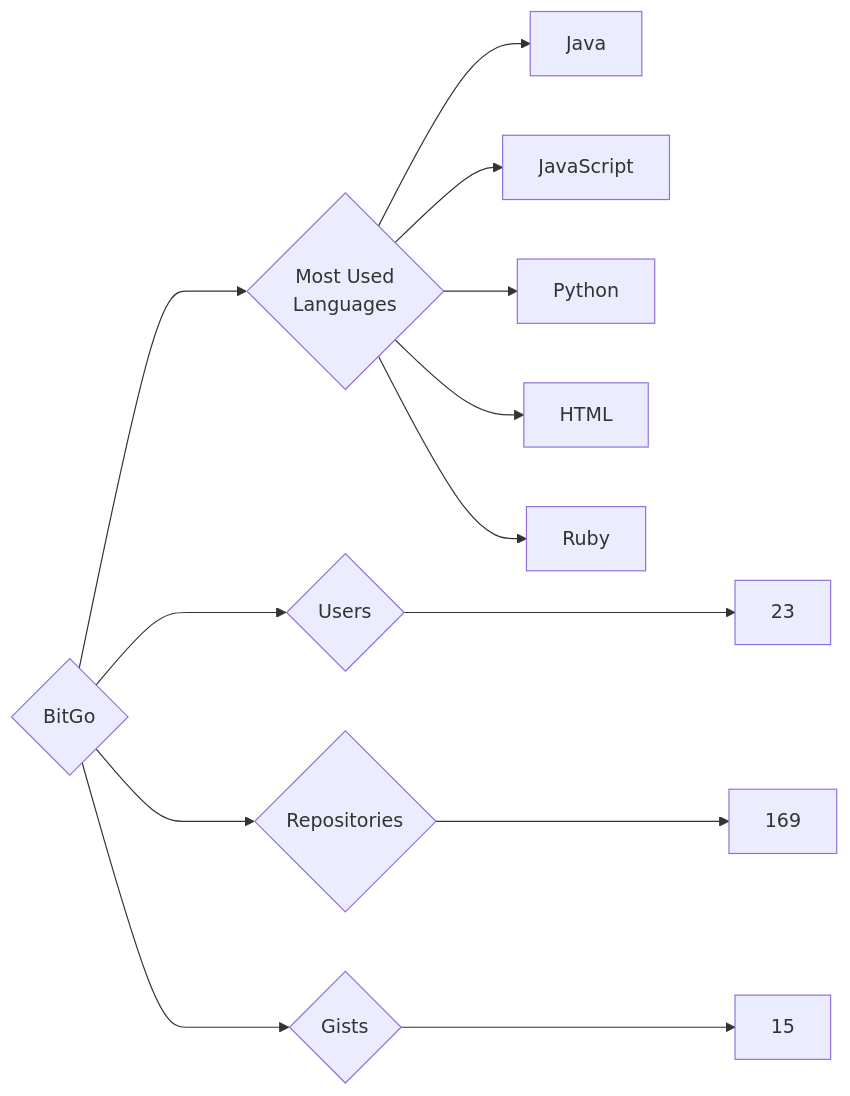
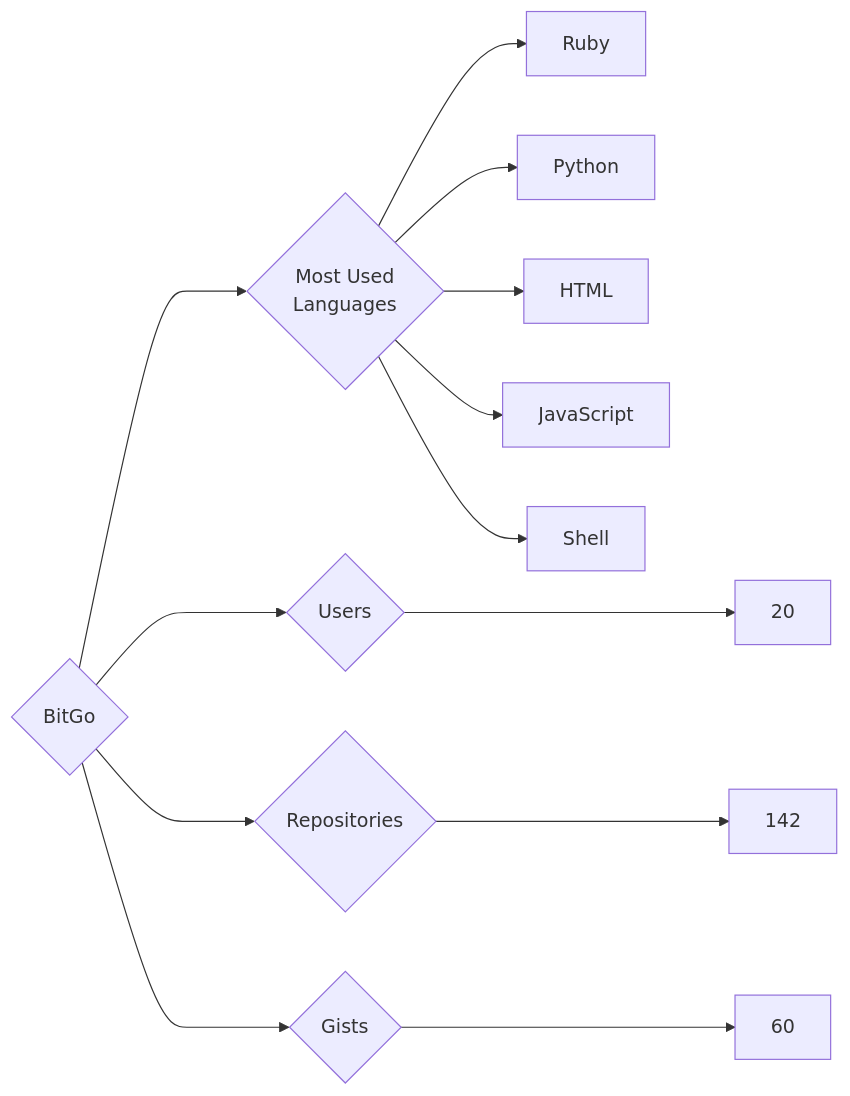
One commit to trickest/insiders changed the diagram in targets/BitGo/README.md. Above: the diagram before and after it, drawn with Mermaid. The commit also changed 757 other files, not shown here.

````diff
--- a/targets/BitGo/README.md
+++ b/targets/BitGo/README.md
@@ -3,13 +3,13 @@
 ```mermaid
 graph LR
 COMPANY_NAME{BitGo}
-COMPANY_NAME ---> U{Users} ---> UN[23]
-COMPANY_NAME ---> R{Repositories} ---> RN[169]
-COMPANY_NAME ---> G{Gists} ---> GN[15]
+COMPANY_NAME ---> U{Users} ---> UN[20]
+COMPANY_NAME ---> R{Repositories} ---> RN[142]
+COMPANY_NAME ---> G{Gists} ---> GN[60]
 COMPANY_NAME ---> ML{Most Used<br>Languages}
-ML --> Java[Java]
-ML --> JavaScript[JavaScript]
+ML --> Ruby[Ruby]
 ML --> Python[Python]
 ML --> HTML[HTML]
-ML --> Ruby[Ruby]
+ML --> JavaScript[JavaScript]
+ML --> Shell[Shell]
 ```
````
